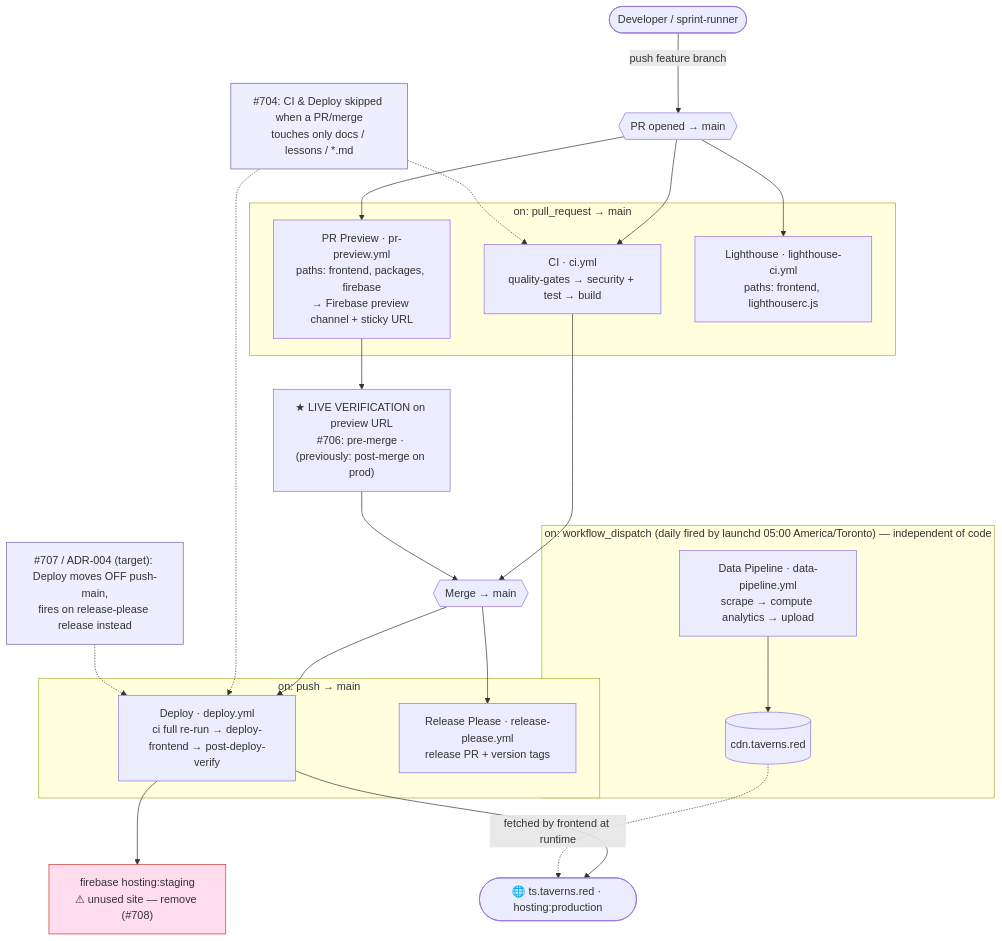
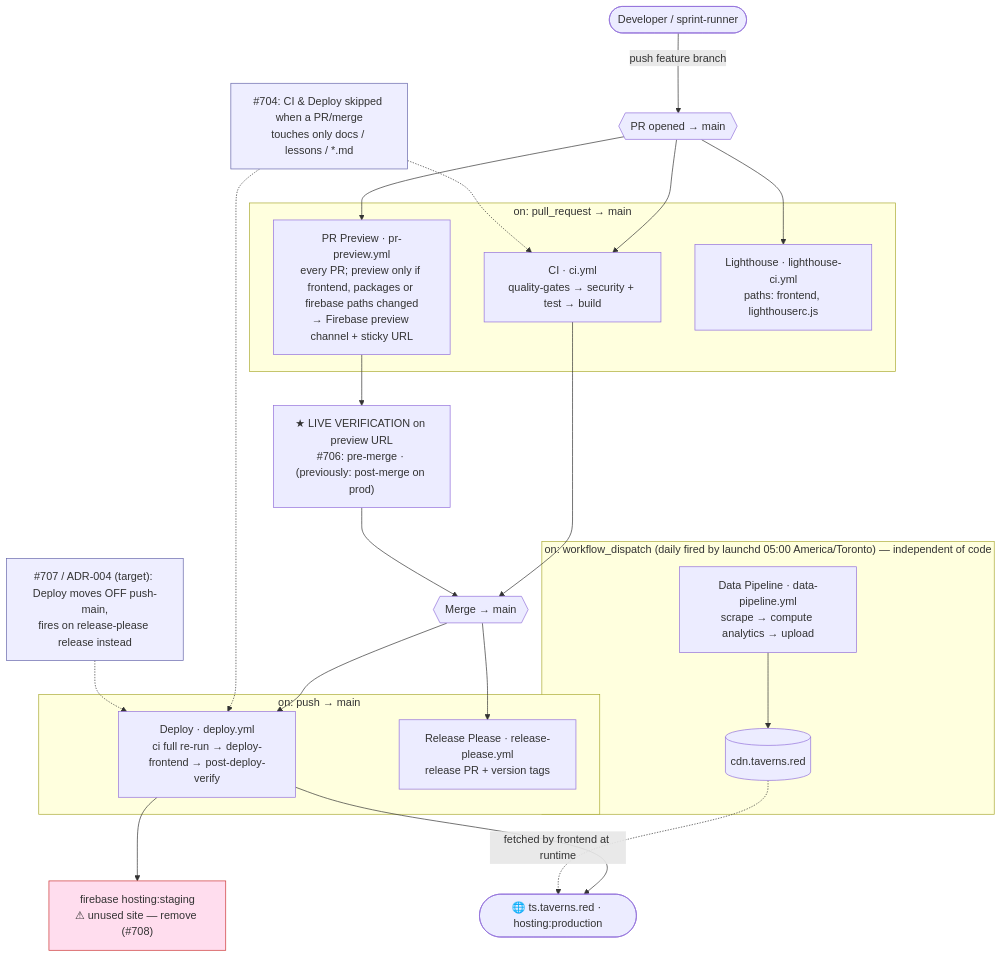
One commit to taverns-red/toast-stats changed the diagram in docs/ci-cd-flow.md. Above: the diagram before and after it, drawn with Mermaid. The commit also changed other lines of this file, not shown here.

First line of the commit message:
docs(ci): PR Preview runs on every PR; verdict reports not needed or not run (#2865)

````diff
--- a/docs/ci-cd-flow.md
+++ b/docs/ci-cd-flow.md
@@ -7,43 +7,43 @@
 ```mermaid
 flowchart TD
     Dev([Developer / sprint-runner]) -->|push feature branch| PR{{PR opened → main}}
 
     subgraph PRphase["on: pull_request → main"]
         CI["CI · ci.yml<br/>quality-gates → security + test → build"]
-        Preview["PR Preview · pr-preview.yml<br/>paths: frontend, packages, firebase<br/>→ Firebase preview channel + sticky URL"]
+        Preview["PR Preview · pr-preview.yml<br/>every PR; preview only if frontend, packages or firebase paths changed<br/>→ Firebase preview channel + sticky URL"]
         LH["Lighthouse · lighthouse-ci.yml<br/>paths: frontend, lighthouserc.js"]
     end
     PR --> CI
     PR --> Preview
     PR --> LH
 
     Preview --> Verify["★ LIVE VERIFICATION on preview URL<br/>#706: pre-merge · (previously: post-merge on prod)"]
     CI --> Merge{{Merge → main}}
     Verify --> Merge
 
     subgraph Mainphase["on: push → main"]
         Deploy["Deploy · deploy.yml<br/>ci full re-run → deploy-frontend → post-deploy-verify"]
         RP["Release Please · release-please.yml<br/>release PR + version tags"]
     end
     Merge --> Deploy
     Merge --> RP
     Deploy --> Staging["firebase hosting:staging<br/>⚠ unused site — remove (#708)"]
     Deploy --> Prod([🌐 ts.taverns.red · hosting:production])
 
     subgraph Data["on: workflow_dispatch (daily fired by launchd 05:00 America/Toronto) — independent of code"]
         Scrape["Data Pipeline · data-pipeline.yml<br/>scrape → compute analytics → upload"] --> CDN[(cdn.taverns.red)]
     end
     CDN -.->|fetched by frontend at runtime| Prod
 
     Note["#704: CI & Deploy skipped when a PR/merge<br/>touches only docs / lessons / *.md"]
     Note -.-> CI
     Note -.-> Deploy
 
     Future["#707 / ADR-004 (target): Deploy moves OFF push-main,<br/>fires on release-please release instead"]
     Future -.-> Deploy
 
     classDef warn fill:#fde,stroke:#c33;
     classDef note fill:#eef,stroke:#66a;
     class Staging warn;
     class Note,Future note;
 ```
````
